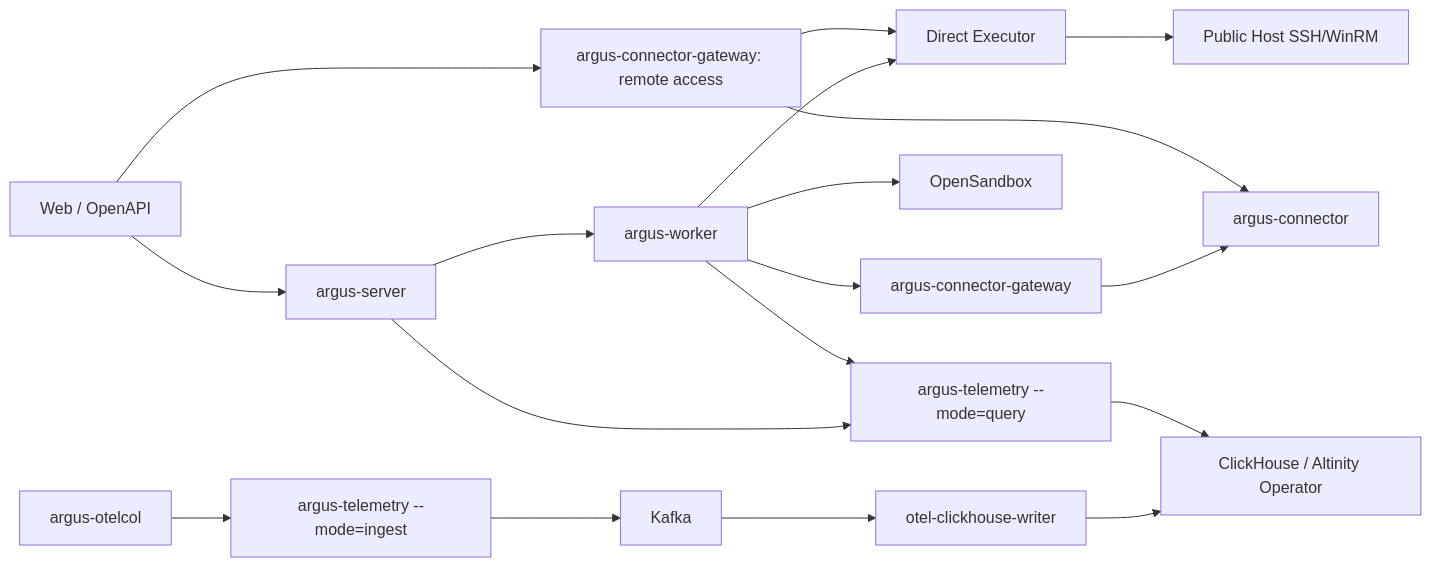
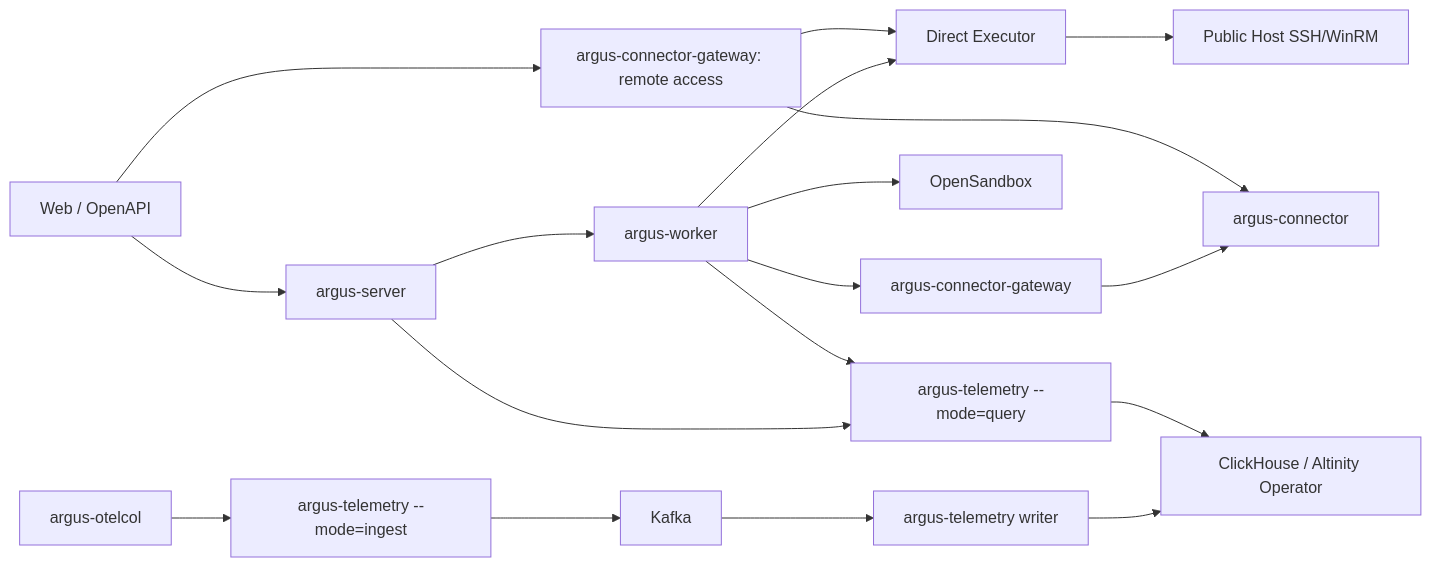
Before and after one commit to kakj-go/Argus: the first of 3 diagrams in docs/01-product-and-architecture.md, drawn with Mermaid. The commit also changed other lines of this file and 201 other files, not shown here.

````diff
--- a/docs/01-product-and-architecture.md
+++ b/docs/01-product-and-architecture.md
@@ -60,22 +60,22 @@
 ```mermaid
 flowchart LR
     Web["Web / OpenAPI"] --> Server["argus-server"]
     Server --> Worker["argus-worker"]
     Worker --> ConnectorGateway["argus-connector-gateway"]
     ConnectorGateway --> Connector["argus-connector"]
     Web --> RemoteGateway["argus-connector-gateway: remote access"]
     RemoteGateway --> Connector
     Worker --> DirectExecutor["Direct Executor"]
     RemoteGateway --> DirectExecutor
     DirectExecutor --> PublicHost["Public Host SSH/WinRM"]
     Worker --> Sandbox["OpenSandbox"]
 
     Collector["argus-otelcol"] --> Ingest["argus-telemetry --mode=ingest"]
     Ingest --> Kafka["Kafka"]
-    Kafka --> Writer["otel-clickhouse-writer"]
+    Kafka --> Writer["argus-telemetry writer"]
     Writer --> ClickHouse["ClickHouse / Altinity Operator"]
 
     Server --> Query["argus-telemetry --mode=query"]
     Worker --> Query
     Query --> ClickHouse
 ```
````
